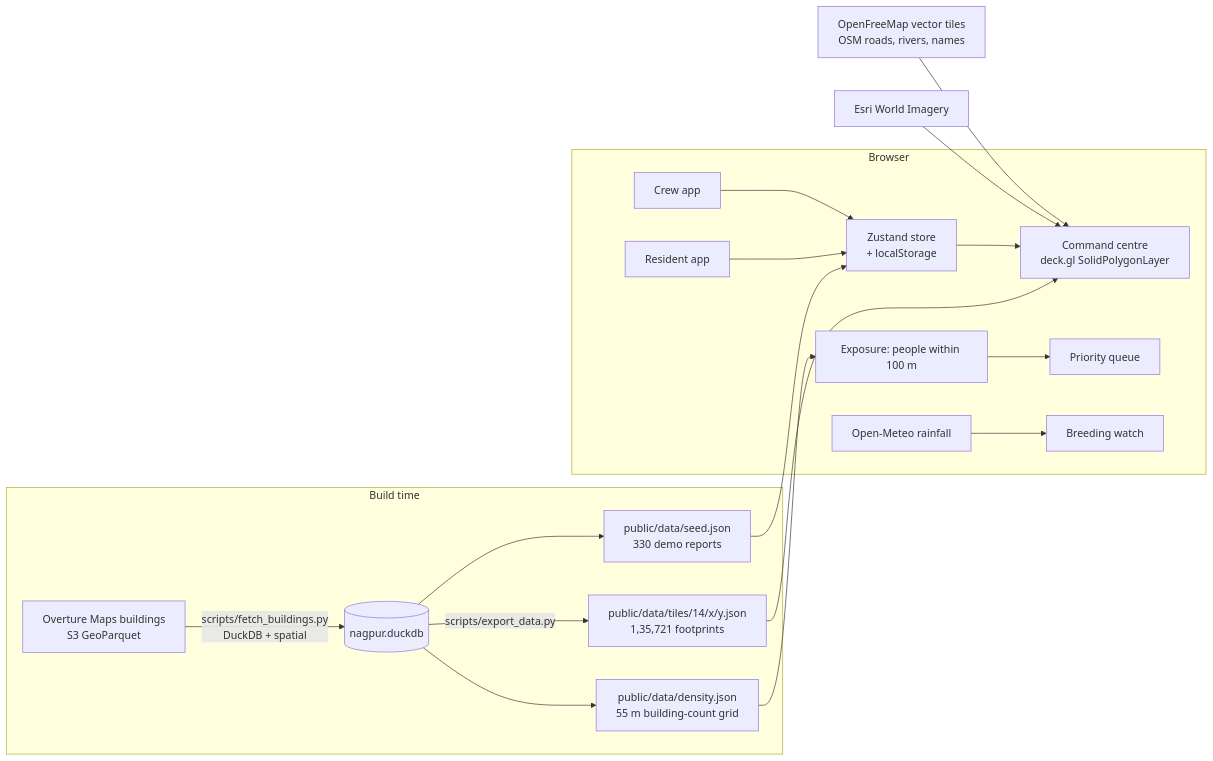
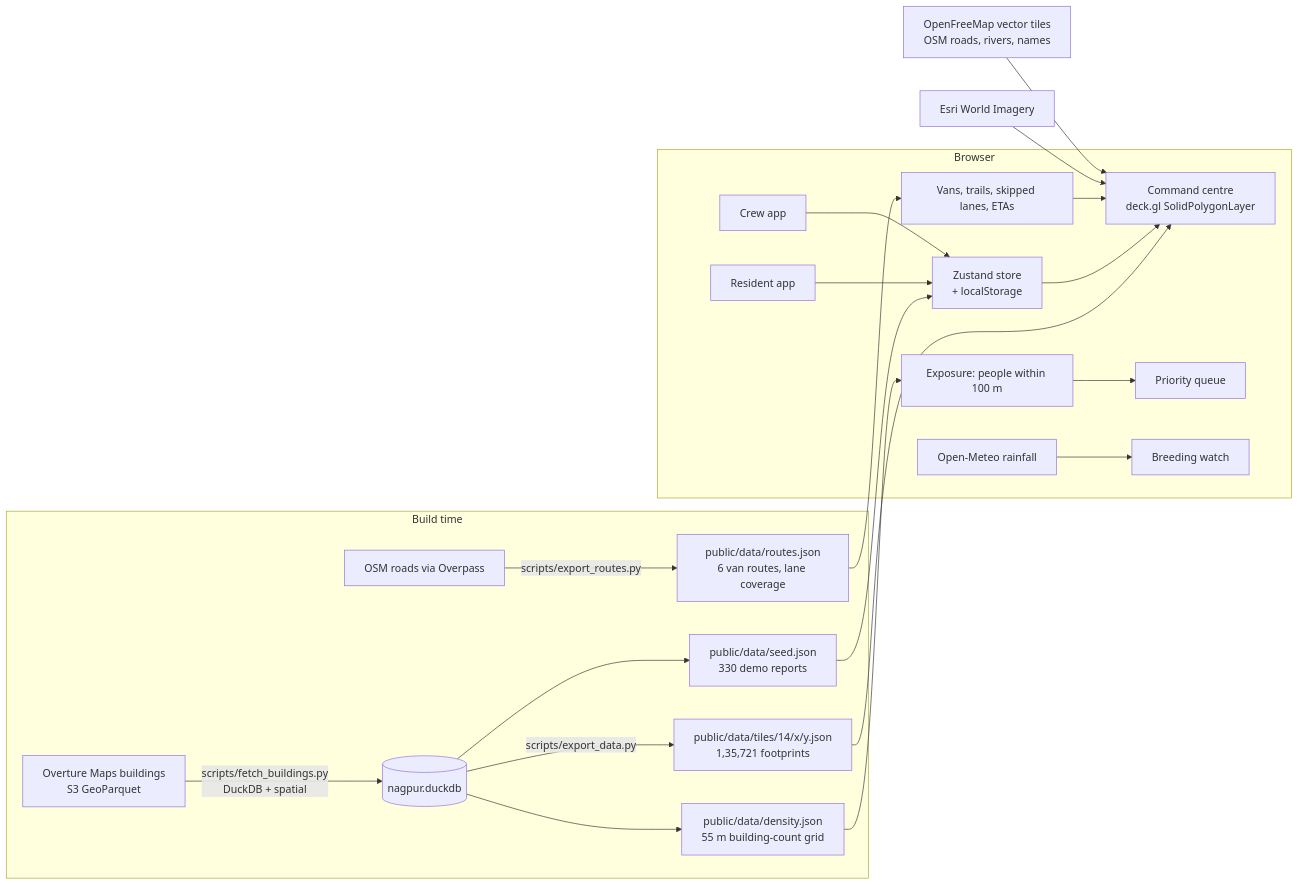
One commit to vizsh/SwachhGrid changed the diagram in README.md. Above: the diagram before and after it, drawn with Mermaid. The commit also changed other lines of this file and 24 other files, not shown here.

First line of the commit message:
Add moving vans, live city simulation, health alerts and timeline

````diff
--- a/README.md
+++ b/README.md
@@ -80,21 +91,24 @@
 ```mermaid
 flowchart LR
   subgraph Build time
     OV[Overture Maps buildings<br/>S3 GeoParquet] -->|scripts/fetch_buildings.py<br/>DuckDB + spatial| DB[(nagpur.duckdb)]
     DB -->|scripts/export_data.py| T[public/data/tiles/14/x/y.json<br/>1,35,721 footprints]
+    OSM[OSM roads via Overpass] -->|scripts/export_routes.py| RT[public/data/routes.json<br/>6 van routes, lane coverage]
     DB --> D[public/data/density.json<br/>55 m building-count grid]
     DB --> S[public/data/seed.json<br/>330 demo reports]
   end
   subgraph Browser
     T --> CC[Command centre<br/>deck.gl SolidPolygonLayer]
     D --> EX[Exposure: people within 100 m]
     S --> ST[Zustand store<br/>+ localStorage]
     R[Resident app] --> ST
     W[Crew app] --> ST
     ST --> CC
     EX --> Q[Priority queue]
     OM[Open-Meteo rainfall] --> BW[Breeding watch]
+    RT --> V[Vans, trails, skipped lanes, ETAs]
+    V --> CC
   end
   ESRI[Esri World Imagery] --> CC
   OFM[OpenFreeMap vector tiles<br/>OSM roads, rivers, names] --> CC
 ```
````
